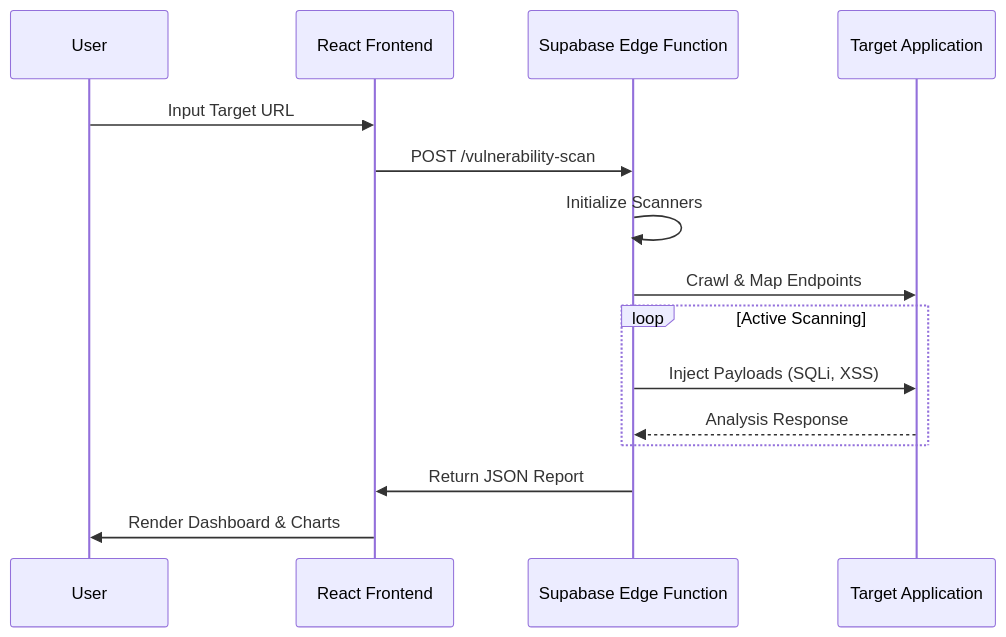
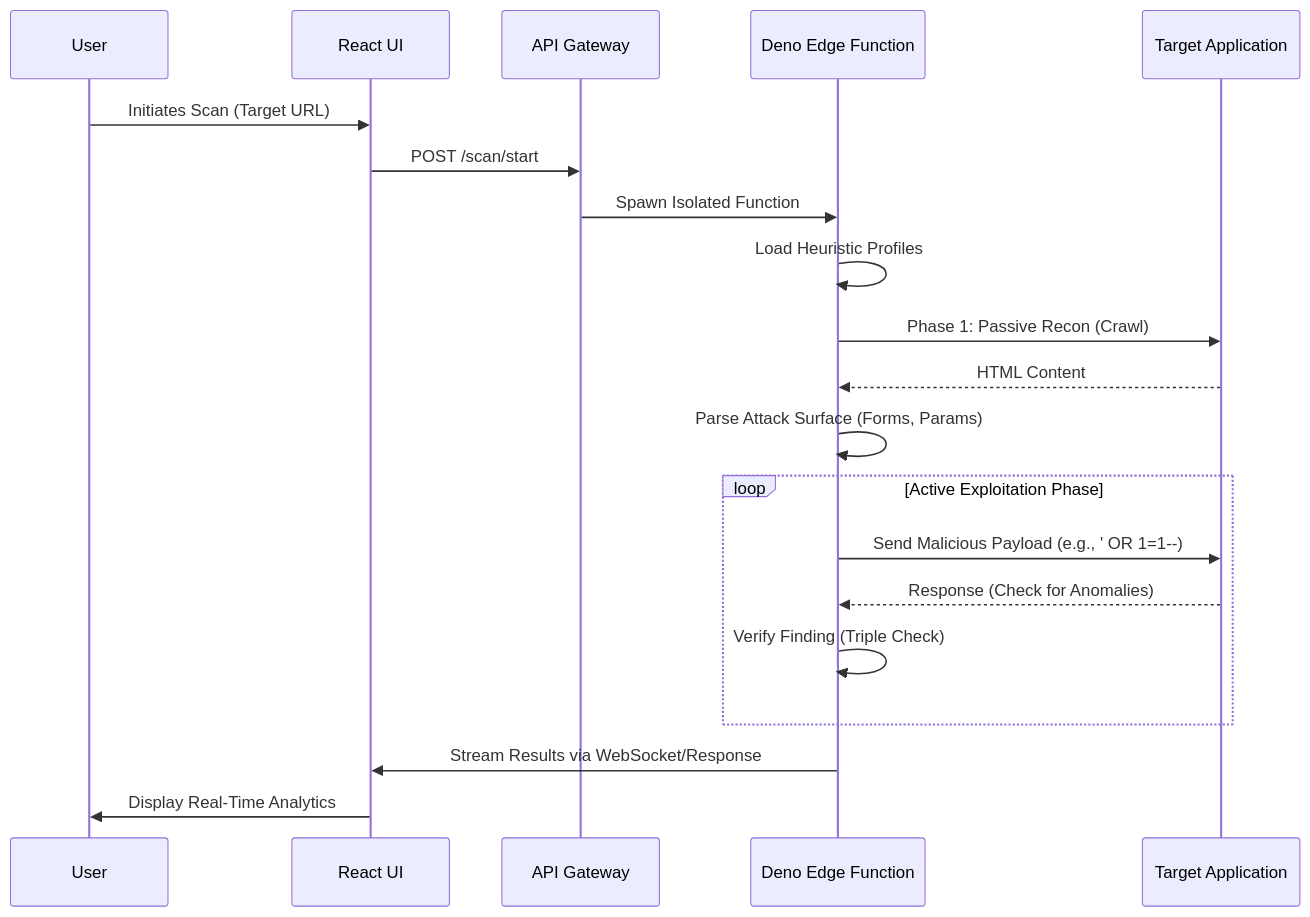
The second of 3 diagrams in README.md (Armaan42/SentinelX), drawn with Mermaid before and after one commit. The commit also changed other lines of this file, not shown here.

````diff
--- a/README.md
+++ b/README.md
@@ -55,18 +54,25 @@
 ```mermaid
 sequenceDiagram
-    participant U as User
-    participant UI as React Frontend
-    participant SEF as Supabase Edge Function
-    participant T as Target Application
+    participant User
+    participant Dashboard as React UI
+    participant Gateway as API Gateway
+    participant Engine as Deno Edge Function
+    participant Target as Target Application
 
-    U->>UI: Input Target URL
-    UI->>SEF: POST /vulnerability-scan
-    SEF->>SEF: Initialize Scanners
-    SEF->>T: Crawl & Map Endpoints
-    loop Active Scanning
-        SEF->>T: Inject Payloads (SQLi, XSS)
-        T-->>SEF: Analysis Response
+    User->>Dashboard: Initiates Scan (Target URL)
+    Dashboard->>Gateway: POST /scan/start
+    Gateway->>Engine: Spawn Isolated Function
+    Engine->>Engine: Load Heuristic Profiles
+    Engine->>Target: Phase 1: Passive Recon (Crawl)
+    Target-->>Engine: HTML Content
+    Engine->>Engine: Parse Attack Surface (Forms, Params)
+    
+    loop Active Exploitation Phase
+        Engine->>Target: Send Malicious Payload (e.g., ' OR 1=1--)
+        Target-->>Engine: Response (Check for Anomalies)
+        Engine->>Engine: Verify Finding (Triple Check)
     end
-    SEF->>UI: Return JSON Report
-    UI->>U: Render Dashboard & Charts
+    
+    Engine->>Dashboard: Stream Results via WebSocket/Response
+    Dashboard->>User: Display Real-Time Analytics
 ```
````
